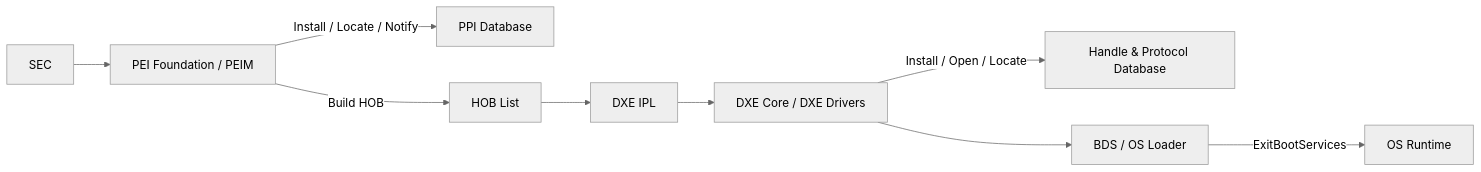
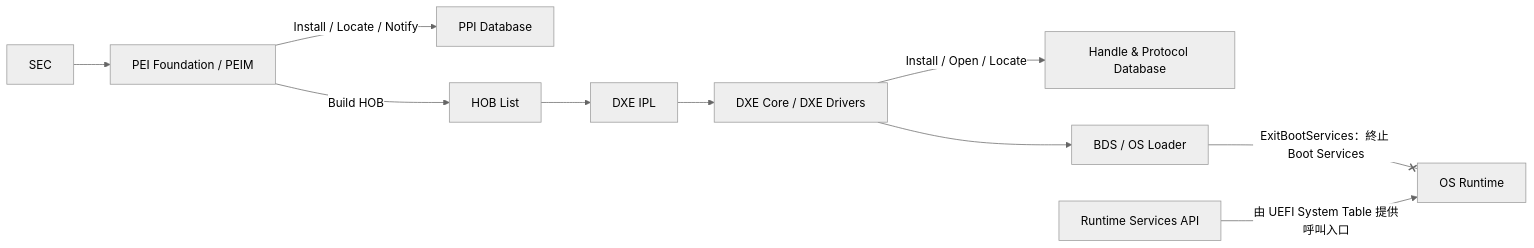
The first of 4 diagrams in 01_part_1_uefi_architecture_and_boot_flow/04_hob_protocol_ppi_and_uefi_services.md (davidchen0970/BIOS_Porting_Reference), drawn with Mermaid (neutral theme) before and after one commit. The commit also changed other lines of this file and 3 other files, not shown here.

````diff
--- a/01_part_1_uefi_architecture_and_boot_flow/04_hob_protocol_ppi_and_uefi_services.md
+++ b/01_part_1_uefi_architecture_and_boot_flow/04_hob_protocol_ppi_and_uefi_services.md
@@ -47,11 +48,12 @@
 ```mermaid
 flowchart LR
     SEC[SEC] --> PEI[PEI Foundation / PEIM]
     PEI -->|Install / Locate / Notify| PPI[PPI Database]
     PEI -->|Build HOB| HOB[HOB List]
     HOB --> IPL[DXE IPL]
     IPL --> DXE[DXE Core / DXE Drivers]
     DXE -->|Install / Open / Locate| PROTO[Handle & Protocol Database]
     DXE --> BDS[BDS / OS Loader]
-    BDS -->|ExitBootServices| OS[OS Runtime]
+    BDS --x|ExitBootServices：終止 Boot Services| OS[OS Runtime]
+    RT[Runtime Services API] -->|由 UEFI System Table 提供呼叫入口| OS
 ```
````
